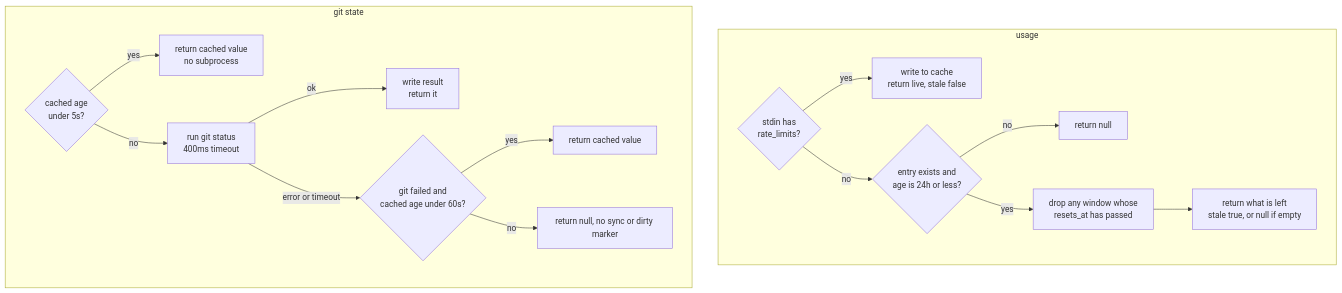
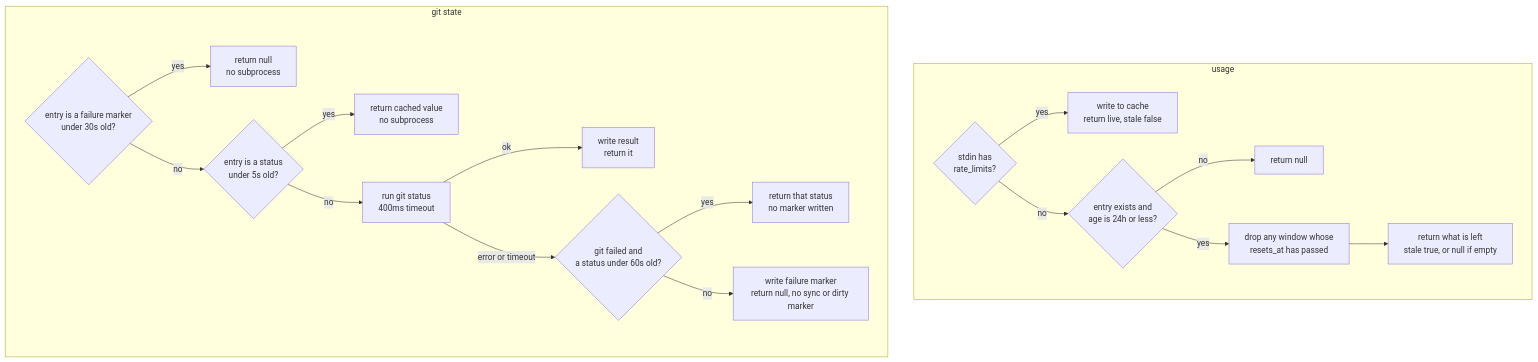
One commit to carterptull/ampline-claude changed the third of 4 diagrams in diagrams/cache-tiers.md. Above: the diagram before and after it, drawn with Mermaid. The commit also changed other lines of this file and 4 other files, not shown here.

First line of the commit message:
docs: update the cache-tiers diagram and decisions for hashed keys and the failure marker

````diff
--- a/diagrams/cache-tiers.md
+++ b/diagrams/cache-tiers.md
@@ -89,31 +89,35 @@
 ```mermaid
 flowchart TD
     subgraph Usage["usage"]
         U1{"stdin has<br/>rate_limits?"}
         U2["write to cache<br/>return live, stale false"]
         U3{"entry exists and<br/>age is 24h or less?"}
         U4["drop any window whose<br/>resets_at has passed"]
         U5["return what is left<br/>stale true, or null if empty"]
         U1 -->|"yes"| U2
         U1 -->|"no"| U3
         U3 -->|"no"| UN["return null"]
         U3 -->|"yes"| U4
         U4 --> U5
     end
 
     subgraph Git["git state"]
-        G1{"cached age<br/>under 5s?"}
+        G0{"entry is a failure marker<br/>under 30s old?"}
+        G1{"entry is a status<br/>under 5s old?"}
         G2["return cached value<br/>no subprocess"]
         G3["run git status<br/>400ms timeout"]
         G4["write result<br/>return it"]
-        G5{"git failed and<br/>cached age under 60s?"}
-        G6["return cached value"]
-        G7["return null, no sync or dirty marker"]
+        G5{"git failed and<br/>a status under 60s old?"}
+        G6["return that status<br/>no marker written"]
+        G7["write failure marker<br/>return null, no sync or dirty marker"]
+        G8["return null<br/>no subprocess"]
+        G0 -->|"yes"| G8
+        G0 -->|"no"| G1
         G1 -->|"yes"| G2
         G1 -->|"no"| G3
         G3 -->|"ok"| G4
         G3 -->|"error or timeout"| G5
         G5 -->|"yes"| G6
         G5 -->|"no"| G7
     end
 ```
````
